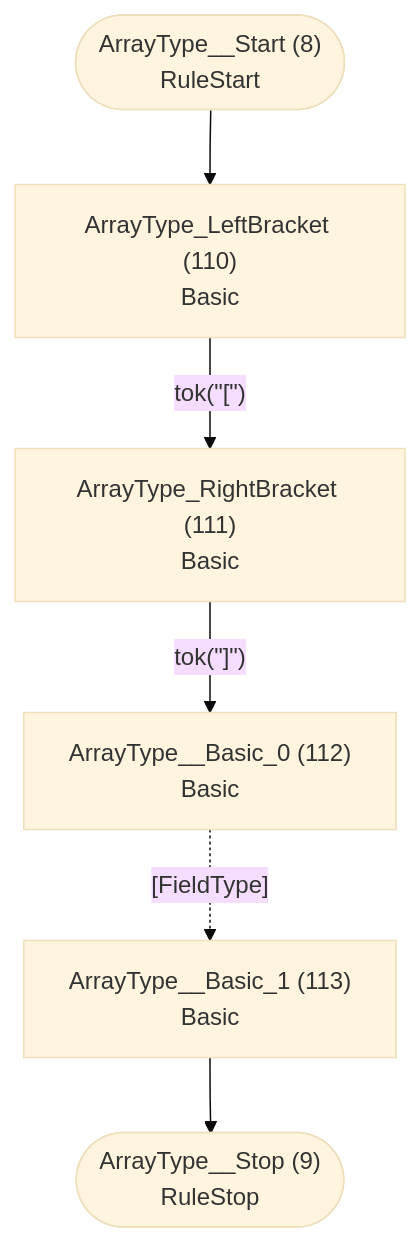
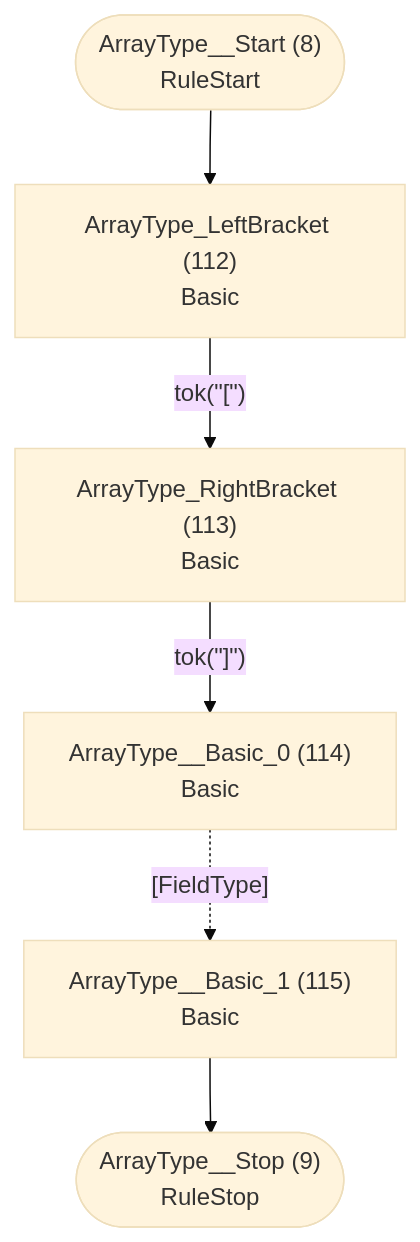
Before and after one commit to TypeFox/fastbelt: the fifth of 29 diagrams in internal/grammar/atn.md, drawn with Mermaid (base theme). The commit also changed other lines of this file and 13 other files, not shown here.

````diff
--- a/internal/grammar/atn.md
+++ b/internal/grammar/atn.md
@@ -166,15 +166,15 @@
 ```mermaid
 flowchart TD
     q8(["ArrayType__Start (8)<br/>RuleStart"])
     q9(["ArrayType__Stop (9)<br/>RuleStop"])
-    q110["ArrayType_LeftBracket (110)<br/>Basic<br/>"]
-    q111["ArrayType_RightBracket (111)<br/>Basic<br/>"]
-    q112["ArrayType__Basic_0 (112)<br/>Basic<br/>"]
-    q113["ArrayType__Basic_1 (113)<br/>Basic<br/>"]
+    q112["ArrayType_LeftBracket (112)<br/>Basic<br/>"]
+    q113["ArrayType_RightBracket (113)<br/>Basic<br/>"]
+    q114["ArrayType__Basic_0 (114)<br/>Basic<br/>"]
+    q115["ArrayType__Basic_1 (115)<br/>Basic<br/>"]
 
-    q8 --> q110
-    q110 -->|"tok(&quot;[&quot;)"| q111
-    q111 -->|"tok(&quot;]&quot;)"| q112
-    q112 -.->|"[FieldType]"| q113
-    q113 --> q9
+    q8 --> q112
+    q112 -->|"tok(&quot;[&quot;)"| q113
+    q113 -->|"tok(&quot;]&quot;)"| q114
+    q114 -.->|"[FieldType]"| q115
+    q115 --> q9
 ```
````
